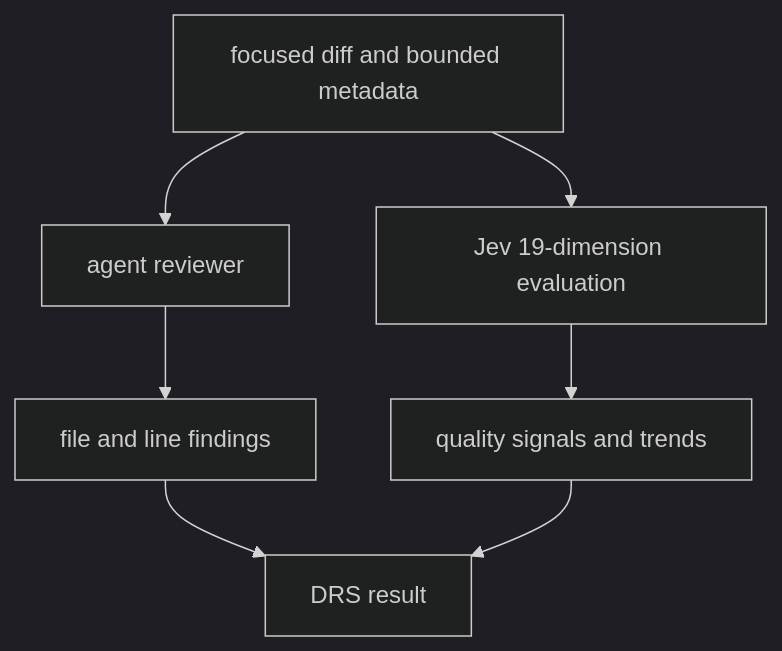
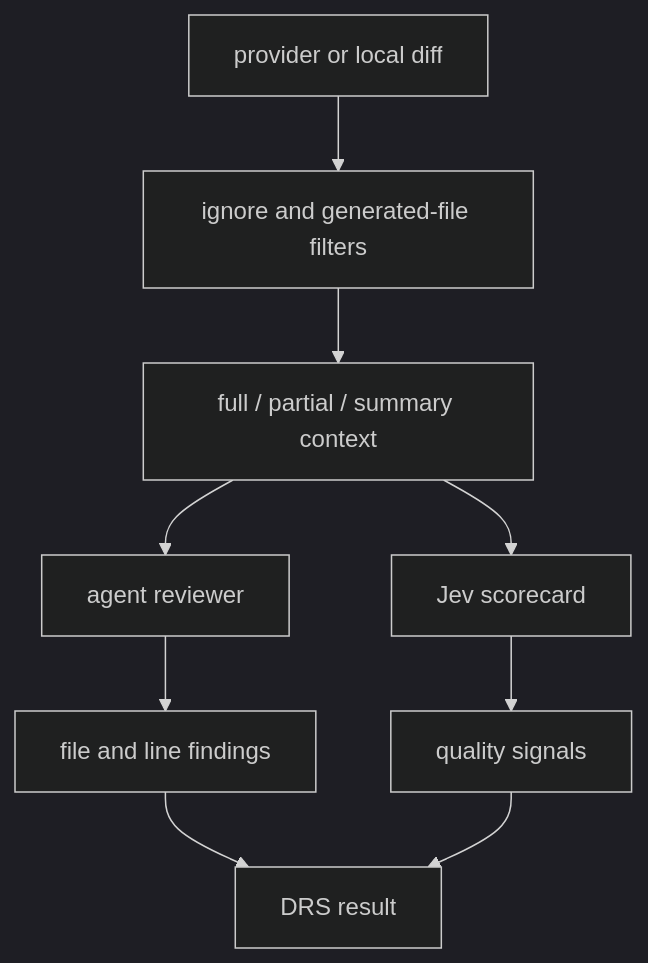
Before and after one commit to manojlds/stacktoheap: the second of 2 diagrams in src/content/blog/jev-doesnt-write-review-comments.mdx, drawn with Mermaid (dark theme). The commit also changed other lines of this file and 1 other file, not shown here.

Commit message:
blog: focus Jev post on context engineering

````diff
--- a/src/content/blog/jev-doesnt-write-review-comments.mdx
+++ b/src/content/blog/jev-doesnt-write-review-comments.mdx
@@ -208,9 +88,11 @@
 ```mermaid
 flowchart TB
-  Diff[focused diff and bounded metadata] --> Agent[agent reviewer]
-  Diff --> Jev[Jev 19-dimension evaluation]
+  Source[provider or local diff] --> Filter[ignore and generated-file filters]
+  Filter --> Budget[full / partial / summary context]
+  Budget --> Agent[agent reviewer]
+  Budget --> Jev[Jev scorecard]
   Agent --> Findings[file and line findings]
-  Jev --> Scorecard[quality signals and trends]
-  Findings --> Summary[DRS result]
-  Scorecard --> Summary
+  Jev --> Signals[quality signals]
+  Findings --> Result[DRS result]
+  Signals --> Result
 ```
````
